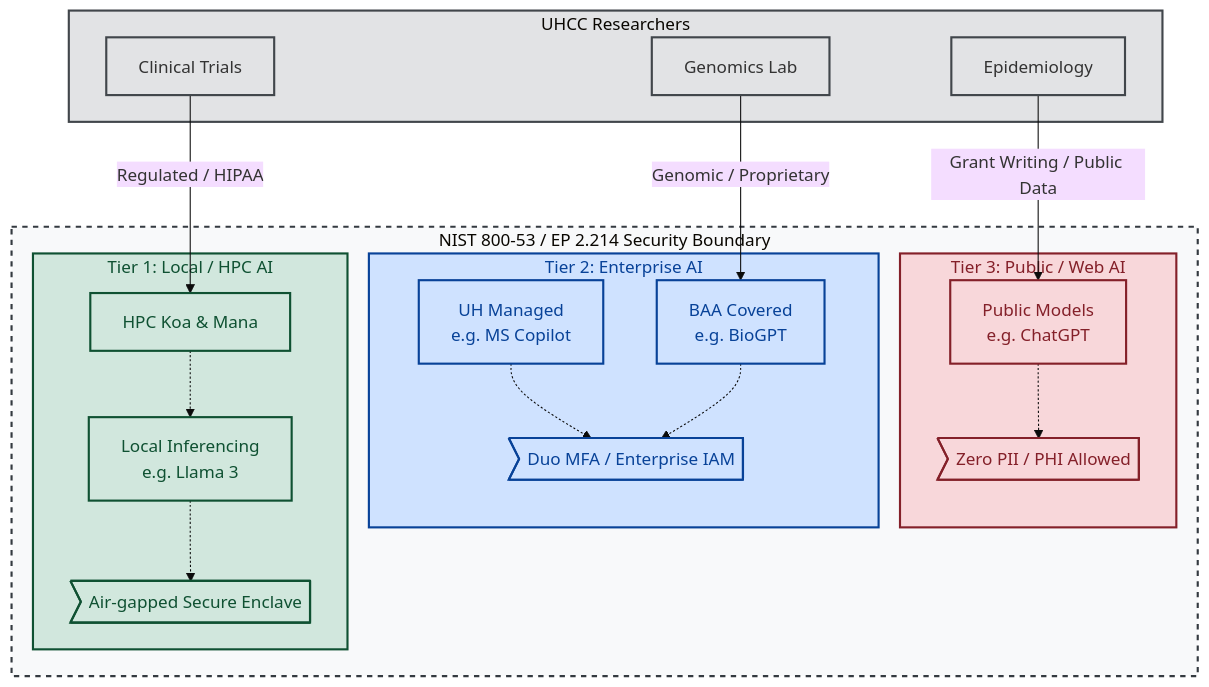
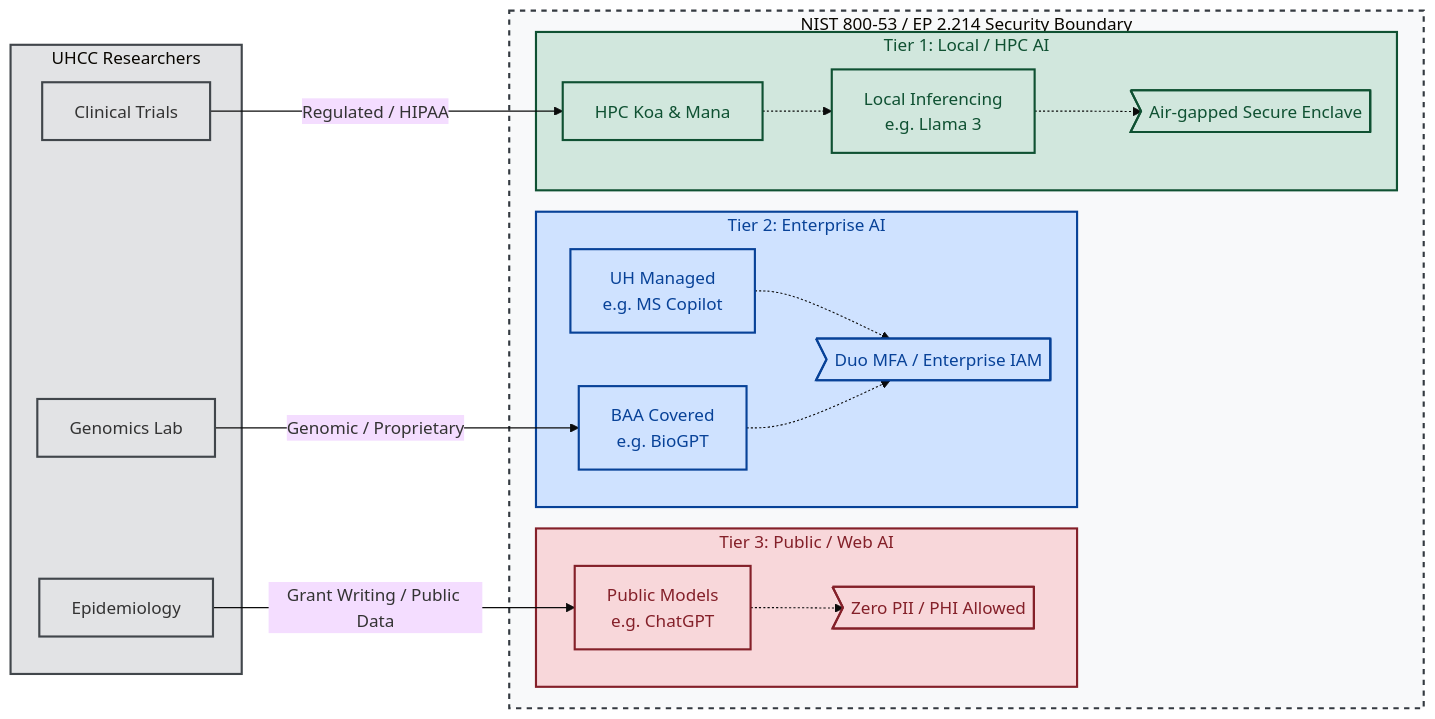
The first of 4 diagrams in README.md (University-of-Hawaii-Cancer-Center/-AI-DEVSECOPS-UHCC), drawn with Mermaid (base theme) before and after one commit.

Commit message:
Optimize System Architecture diagram to render horizontally and conserve vertical space

````diff
--- a/README.md
+++ b/README.md
@@ -25,50 +25,50 @@
 ```mermaid
-graph TD
+graph LR
     subgraph Users ["UHCC Researchers"]
         U1[Epidemiology]
         U2[Clinical Trials]
         U3[Genomics Lab]
     end
 
     subgraph Boundary ["NIST 800-53 / EP 2.214 Security Boundary"]
         subgraph Web ["Tier 3: Public / Web AI"]
             W1[Public Models <br/> e.g. ChatGPT]
             W2>Zero PII / PHI Allowed]
         end
 
         subgraph Enterprise ["Tier 2: Enterprise AI"]
             E1[UH Managed <br/> e.g. MS Copilot]
             E2[BAA Covered <br/> e.g. BioGPT]
             E3>Duo MFA / Enterprise IAM]
         end
 
         subgraph Local ["Tier 1: Local / HPC AI"]
             L1[HPC Koa & Mana]
             L2[Local Inferencing <br/> e.g. Llama 3]
             L3>Air-gapped Secure Enclave]
         end
     end
 
     U1 -->|Grant Writing / Public Data| W1
     U2 -->|Regulated / HIPAA| L1
     U3 -->|Genomic / Proprietary| E2
 
     W1 -.-> W2
     E1 -.-> E3
     E2 -.-> E3
     L1 -.-> L2
     L2 -.-> L3
 
     %% Styling
     classDef boundary fill:#f8f9fa,stroke:#343a40,stroke-width:2px,stroke-dasharray: 5 5;
     classDef local fill:#d1e7dd,stroke:#0f5132,stroke-width:2px,color:#0f5132;
     classDef ent fill:#cfe2ff,stroke:#084298,stroke-width:2px,color:#084298;
     classDef pub fill:#f8d7da,stroke:#842029,stroke-width:2px,color:#842029;
     classDef users fill:#e2e3e5,stroke:#41464b,stroke-width:2px;
     
     class Local,L1,L2,L3 local;
     class Enterprise,E1,E2,E3 ent;
     class Web,W1,W2 pub;
     class Boundary boundary;
     class Users,U1,U2,U3 users;
 ```
````
